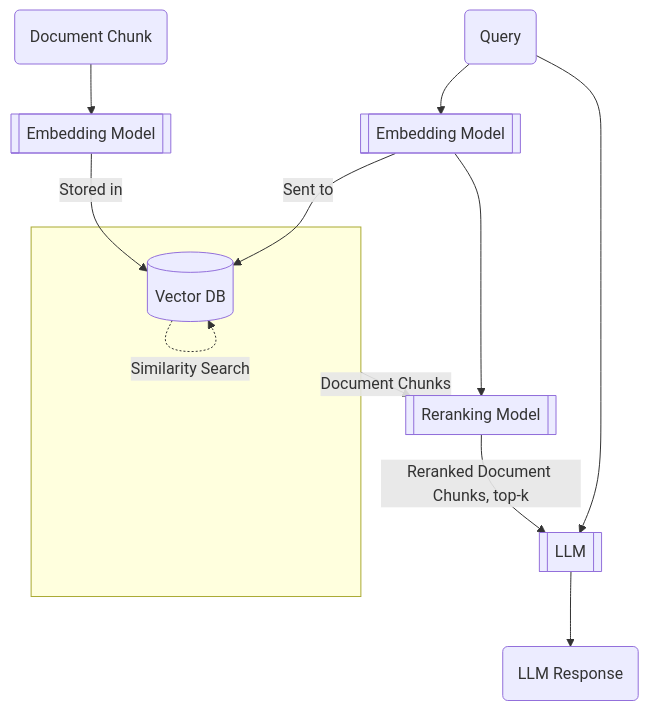
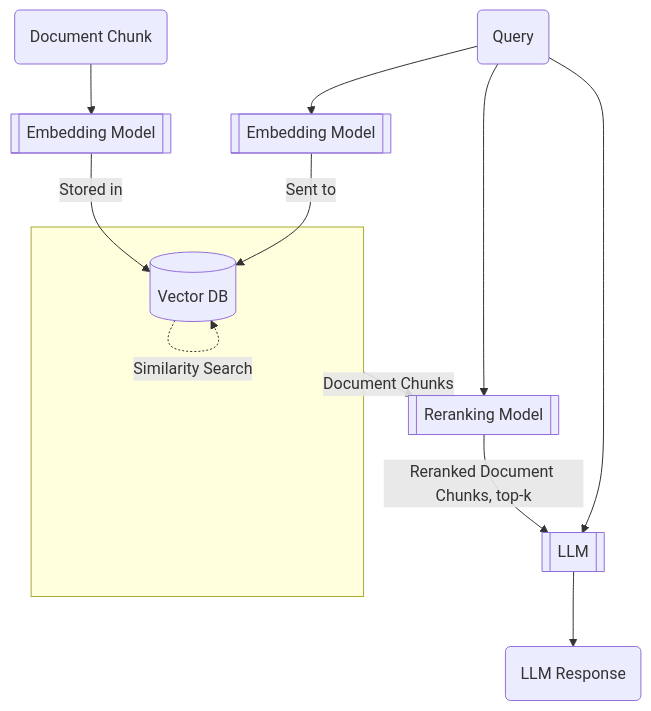
One commit to amithmathew/amithmathew.github.io changed the second of 2 diagrams in content/blog/rag-rerank.md. Above: the diagram before and after it, drawn with Mermaid. The commit also changed 2 other files, not shown here.

Commit message:
correction in diagram

````diff
--- a/content/blog/rag-rerank.md
+++ b/content/blog/rag-rerank.md
@@ -46,24 +46,24 @@
 ```mermaid
 flowchart TD
     id1(Document Chunk)
     id2[[Embedding Model]]
     id3[( Vector DB )]
     id5(Query)
     id6[[Embedding Model]]
     llm[[LLM]]
     resp(LLM Response)
 
     id1-->id2-- Stored in -->id3
     id5-->id6-- Sent to -->id3
     subgraph sg1 [" "]
     id3-. Similarity Search .->id3
     end
 
     id7[[Reranking Model]]
 
     sg1-- Document Chunks -->id7
-    id6-->id7
+    id5-->id7
     id7-- Reranked Document Chunks, top-k -->llm
     id5-->llm
     llm-->resp
 ```
````
